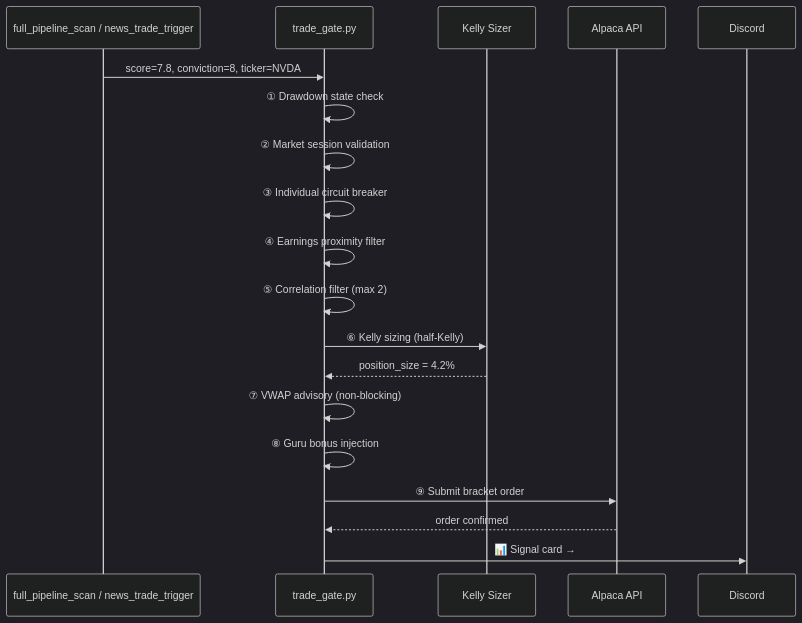
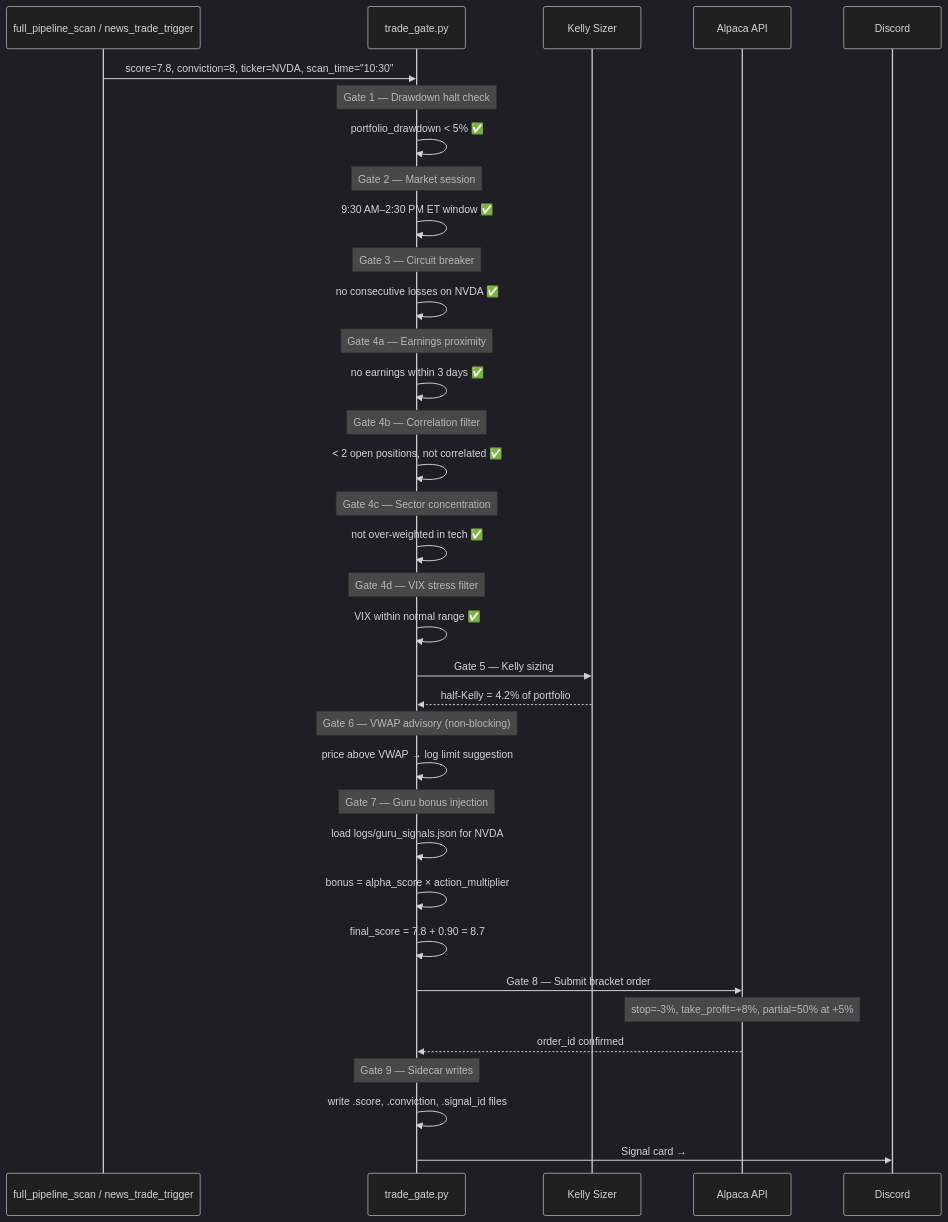
Before and after one commit to oabdelmaksoud/Pro-Trader-PLUGIN: the third of 9 diagrams in README.md, drawn with Mermaid (dark theme). The commit also changed other lines of this file, not shown here.

First line of the commit message:
docs: comprehensive README overhaul — all current state + 8 Mermaid diagrams

````diff
--- a/README.md
+++ b/README.md
@@ -115,22 +125,51 @@
 ```mermaid
 sequenceDiagram
     participant S as full_pipeline_scan / news_trade_trigger
     participant G as trade_gate.py
     participant K as Kelly Sizer
     participant A as Alpaca API
     participant D as Discord
 
-    S->>G: score=7.8, conviction=8, ticker=NVDA
-    G->>G: ① Drawdown state check
-    G->>G: ② Market session validation
-    G->>G: ③ Individual circuit breaker
-    G->>G: ④ Earnings proximity filter
-    G->>G: ⑤ Correlation filter (max 2)
-    G->>K: ⑥ Kelly sizing (half-Kelly)
-    K-->>G: position_size = 4.2%
-    G->>G: ⑦ VWAP advisory (non-blocking)
-    G->>G: ⑧ Guru bonus injection
-    G->>A: ⑨ Submit bracket order
-    A-->>G: order confirmed
-    G->>D: 📊 Signal card → #paper-trades
+    S->>G: score=7.8, conviction=8, ticker=NVDA, scan_time="10:30"
+
+    Note over G: Gate 1 — Drawdown halt check
+    G->>G: portfolio_drawdown < 5% ✅
+
+    Note over G: Gate 2 — Market session
+    G->>G: 9:30 AM–2:30 PM ET window ✅
+
+    Note over G: Gate 3 — Circuit breaker
+    G->>G: no consecutive losses on NVDA ✅
+
+    Note over G: Gate 4a — Earnings proximity
+    G->>G: no earnings within 3 days ✅
+
+    Note over G: Gate 4b — Correlation filter
+    G->>G: < 2 open positions, not correlated ✅
+
+    Note over G: Gate 4c — Sector concentration
+    G->>G: not over-weighted in tech ✅
+
+    Note over G: Gate 4d — VIX stress filter
+    G->>G: VIX within normal range ✅
+
+    G->>K: Gate 5 — Kelly sizing
+    K-->>G: half-Kelly = 4.2% of portfolio
+
+    Note over G: Gate 6 — VWAP advisory (non-blocking)
+    G->>G: price above VWAP → log limit suggestion
+
+    Note over G: Gate 7 — Guru bonus injection
+    G->>G: load logs/guru_signals.json for NVDA
+    G->>G: bonus = alpha_score × action_multiplier
+    G->>G: final_score = 7.8 + 0.90 = 8.7
+
+    G->>A: Gate 8 — Submit bracket order
+    Note over A: stop=-3%, take_profit=+8%, partial=50% at +5%
+    A-->>G: order_id confirmed
+
+    Note over G: Gate 9 — Sidecar writes
+    G->>G: write .score, .conviction, .signal_id files
+
+    G->>D: Signal card → #paper-trades + #war-room
 ```
````
